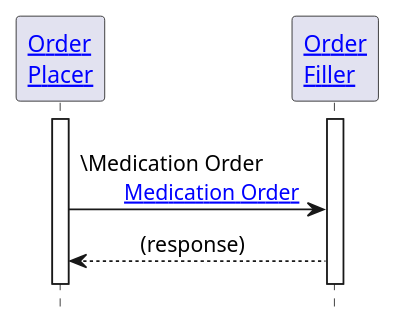
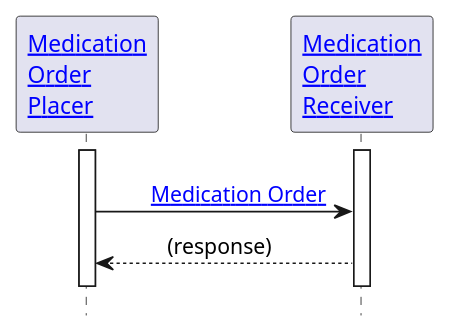
Before and after one commit to IHE/pharm-mpd: the diagram in input/images-source/PHARM-M1.plantuml, drawn with PlantUML. The commit also changed 5 other files, not shown here.

```diff
--- a/input/images-source/PHARM-M1.plantuml
+++ b/input/images-source/PHARM-M1.plantuml
@@ -1,22 +1,22 @@
 @startuml
 
 hide footbox
 
 '!include ./style.iuml
 
 
-Participant "[[actors_and_transactions.html#order-placer Order\nPlacer]]" as OP
-Participant "[[actors_and_transactions.html#order-filler Order\nFiller]]" as OF
+Participant "[[actors_and_transactions.html#order-placer Medication\nOrder\nPlacer]]" as OP
+Participant "[[actors_and_transactions.html#order-receiver Medication\nOrder\nReceiver]]" as OF
 
 activate OP
 activate OF
 
 OP -[hidden]> OF
-OP -> OF: \Medication Order \n\t[[StructureDefinition-MedicationOrder.html{Medication Order} Medication Order]]
+OP -> OF: \t[[StructureDefinition-IHEMedicationOrder.html{Medication Order} Medication Order]]
 OP <-- OF: \t(response)\t
 OP -[hidden]> OF
 
 deactivate OP
 deactivate OF
 
 @enduml
```
